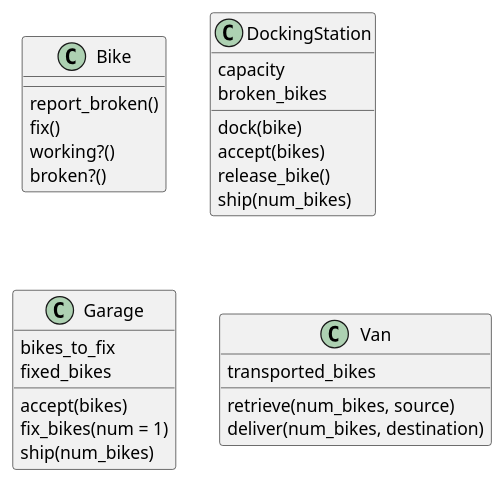
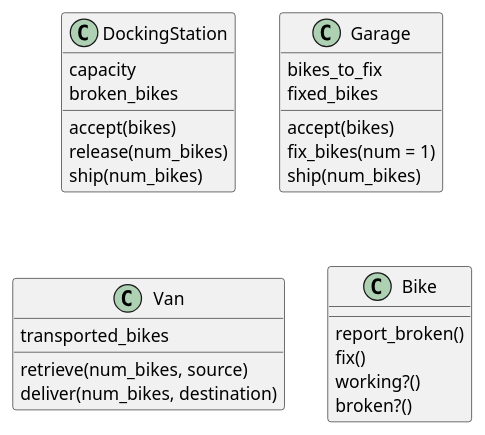
Before and after one commit to meta-morpho-sys/boris-bikes: the diagram in docs/classes2.puml, drawn with PlantUML. The commit also changed 5 other files, not shown here.

```diff
--- a/docs/classes2.puml
+++ b/docs/classes2.puml
@@ -1,33 +1,32 @@
 @startuml
-
-class Bike {
-report_broken()
-fix()
-working?()
-broken?()
-}
 
 class DockingStation {
 capacity
 broken_bikes
-dock(bike)
 accept(bikes)
-release_bike()
+release(num_bikes)
 ship(num_bikes)
 }
 
 class Garage {
 bikes_to_fix
 fixed_bikes
 accept(bikes)
 fix_bikes(num = 1)
 ship(num_bikes)
 }
 
 class Van {
 transported_bikes
 retrieve(num_bikes, source)
 deliver(num_bikes, destination)
 }
 
+class Bike {
+report_broken()
+fix()
+working?()
+broken?()
+}
+
 @enduml
```
